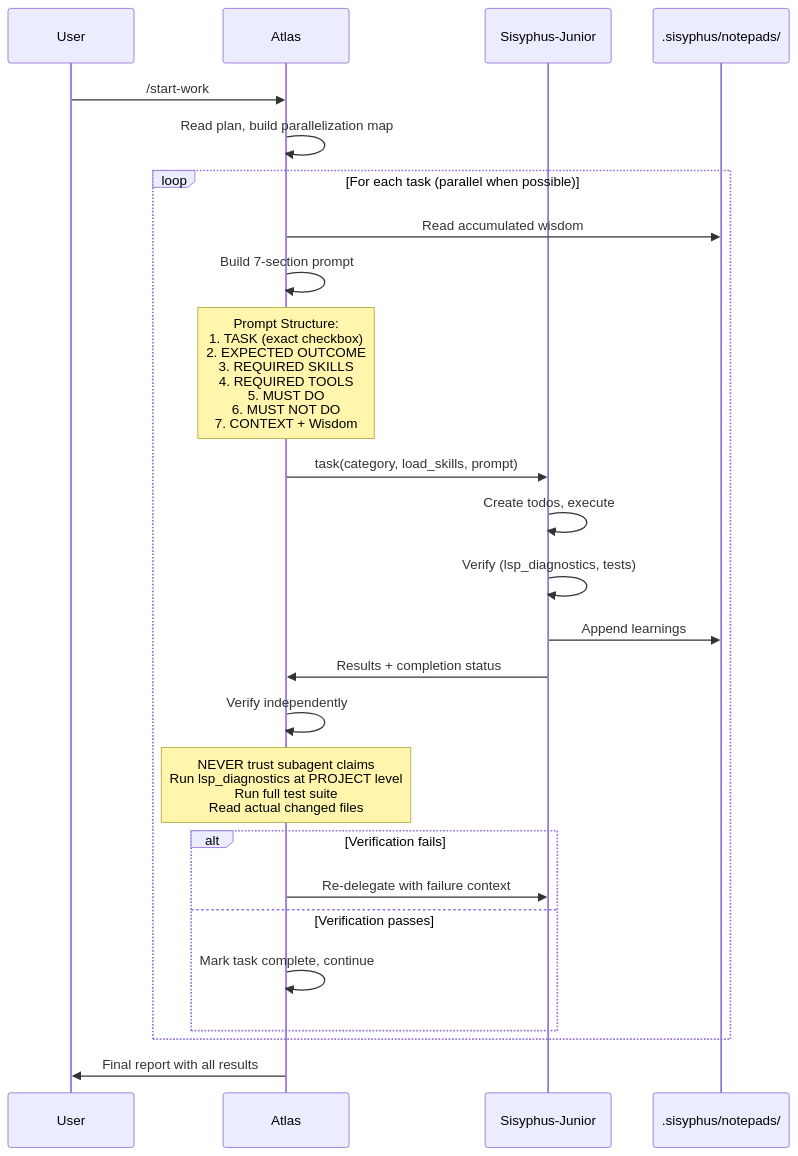
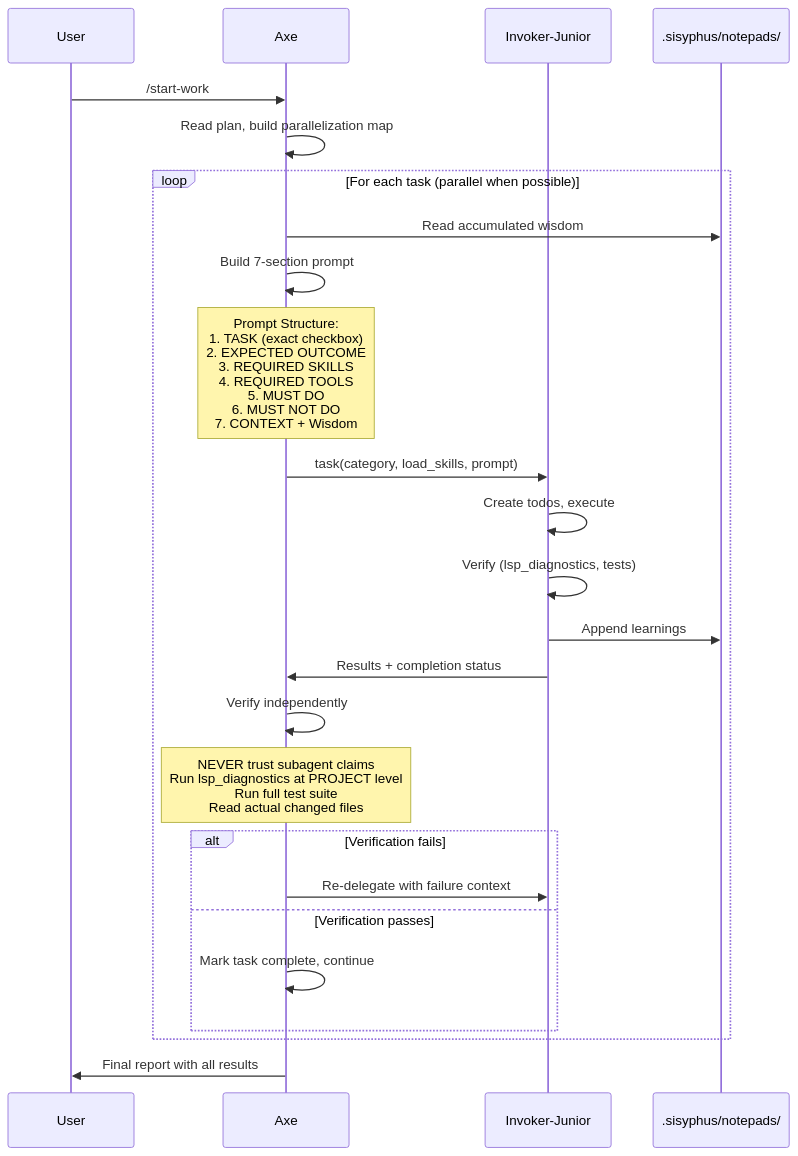
One commit to Heldinhow/oh-my-opencode changed the fourth of 4 diagrams in docs/guide/understanding-orchestration-system.md. Above: the diagram before and after it, drawn with Mermaid. The commit also changed other lines of this file and 98 other files, not shown here.

````diff
--- a/docs/guide/understanding-orchestration-system.md
+++ b/docs/guide/understanding-orchestration-system.md
@@ -352,35 +352,35 @@
 ```mermaid
 sequenceDiagram
     participant User
-    participant Orchestrator as Atlas
-    participant Junior as Sisyphus-Junior
+    participant Orchestrator as Axe
+    participant Junior as Invoker-Junior
     participant Notepad as .sisyphus/notepads/
     
     User->>Orchestrator: /start-work
     Orchestrator->>Orchestrator: Read plan, build parallelization map
     
     loop For each task (parallel when possible)
         Orchestrator->>Notepad: Read accumulated wisdom
         Orchestrator->>Orchestrator: Build 7-section prompt
         
         Note over Orchestrator: Prompt Structure:<br/>1. TASK (exact checkbox)<br/>2. EXPECTED OUTCOME<br/>3. REQUIRED SKILLS<br/>4. REQUIRED TOOLS<br/>5. MUST DO<br/>6. MUST NOT DO<br/>7. CONTEXT + Wisdom
         
         Orchestrator->>Junior: task(category, load_skills, prompt)
         
         Junior->>Junior: Create todos, execute
         Junior->>Junior: Verify (lsp_diagnostics, tests)
         Junior->>Notepad: Append learnings
         Junior->>Orchestrator: Results + completion status
         
         Orchestrator->>Orchestrator: Verify independently
         Note over Orchestrator: NEVER trust subagent claims<br/>Run lsp_diagnostics at PROJECT level<br/>Run full test suite<br/>Read actual changed files
         
         alt Verification fails
             Orchestrator->>Junior: Re-delegate with failure context
         else Verification passes
             Orchestrator->>Orchestrator: Mark task complete, continue
         end
     end
     
     Orchestrator->>User: Final report with all results
 ```
````
